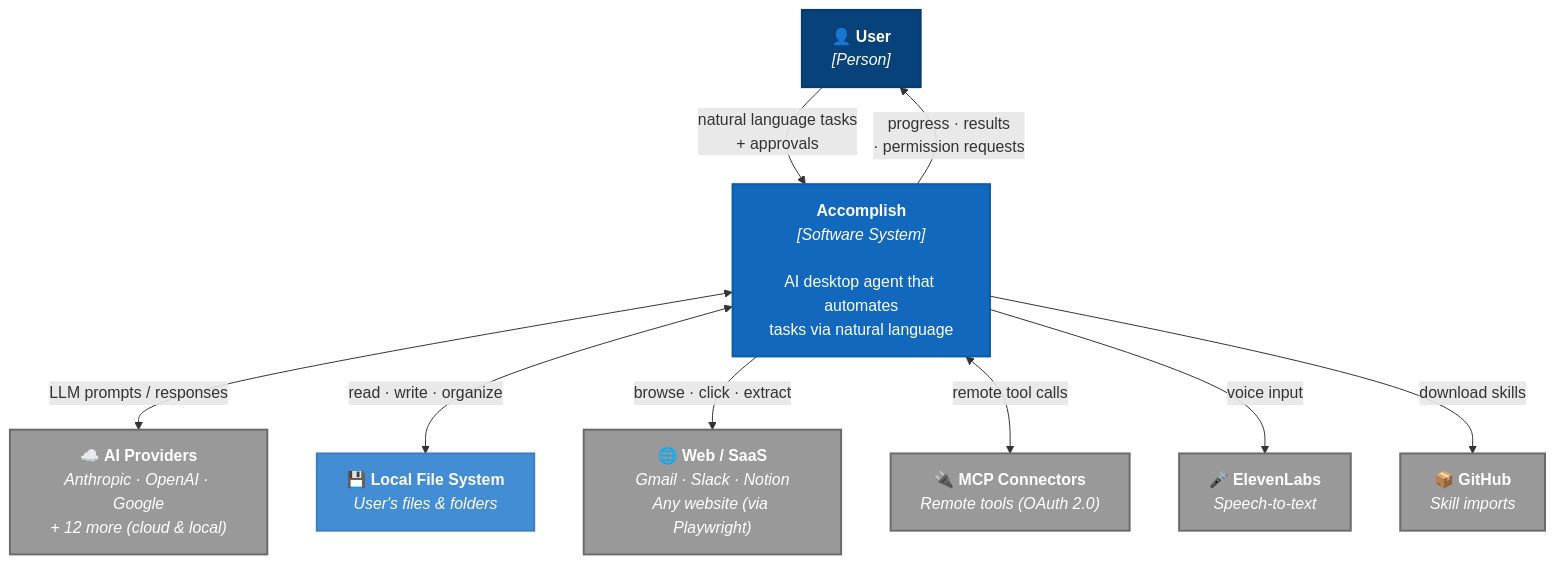
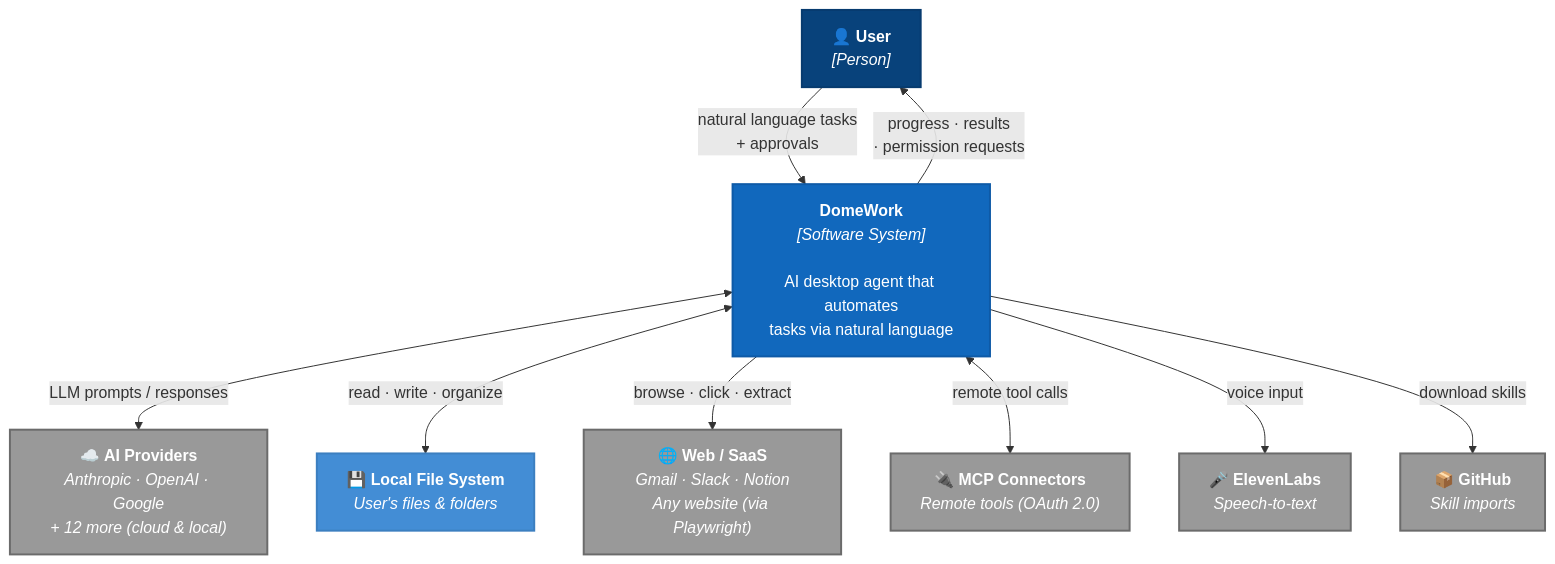
The first of 2 diagrams in docs/context-diagram.md (dome/accomplish), drawn with Mermaid before and after one commit. The commit also changed other lines of this file and 89 other files, not shown here.

Commit message:
ci: add GitHub Actions workflow for DomeWork binary builds

````diff
--- a/docs/context-diagram.md
+++ b/docs/context-diagram.md
@@ -12,27 +12,27 @@
 ```mermaid
 graph TB
     classDef person fill:#08427B,color:#fff,stroke:#073B6F,stroke-width:2px
     classDef system fill:#1168BD,color:#fff,stroke:#0E5AA7,stroke-width:2px
     classDef external fill:#999,color:#fff,stroke:#6B6B6B,stroke-width:2px
     classDef local fill:#438DD5,color:#fff,stroke:#3C7FC0,stroke-width:2px
 
     User["👤 <b>User</b><br/><i>[Person]</i>"]:::person
 
-    Accomplish["<b>Accomplish</b><br/><i>[Software System]</i><br/><br/>AI desktop agent that automates<br/>tasks via natural language"]:::system
+    DomeWork["<b>DomeWork</b><br/><i>[Software System]</i><br/><br/>AI desktop agent that automates<br/>tasks via natural language"]:::system
 
     AI["☁️ <b>AI Providers</b><br/><i>Anthropic · OpenAI · Google<br/>+ 12 more (cloud & local)</i>"]:::external
     FS["💾 <b>Local File System</b><br/><i>User's files & folders</i>"]:::local
     BROWSER["🌐 <b>Web / SaaS</b><br/><i>Gmail · Slack · Notion<br/>Any website (via Playwright)</i>"]:::external
     MCP["🔌 <b>MCP Connectors</b><br/><i>Remote tools (OAuth 2.0)</i>"]:::external
     VOICE["🎤 <b>ElevenLabs</b><br/><i>Speech-to-text</i>"]:::external
     SKILLS["📦 <b>GitHub</b><br/><i>Skill imports</i>"]:::external
 
-    User -->|"natural language tasks<br/>+ approvals"| Accomplish
-    Accomplish -->|"progress · results<br/>· permission requests"| User
-    Accomplish <-->|"LLM prompts / responses"| AI
-    Accomplish <-->|"read · write · organize"| FS
-    Accomplish -->|"browse · click · extract"| BROWSER
-    Accomplish <-->|"remote tool calls"| MCP
-    Accomplish -->|"voice input"| VOICE
-    Accomplish -->|"download skills"| SKILLS
+    User -->|"natural language tasks<br/>+ approvals"| DomeWork
+    DomeWork -->|"progress · results<br/>· permission requests"| User
+    DomeWork <-->|"LLM prompts / responses"| AI
+    DomeWork <-->|"read · write · organize"| FS
+    DomeWork -->|"browse · click · extract"| BROWSER
+    DomeWork <-->|"remote tool calls"| MCP
+    DomeWork -->|"voice input"| VOICE
+    DomeWork -->|"download skills"| SKILLS
 ```
````
